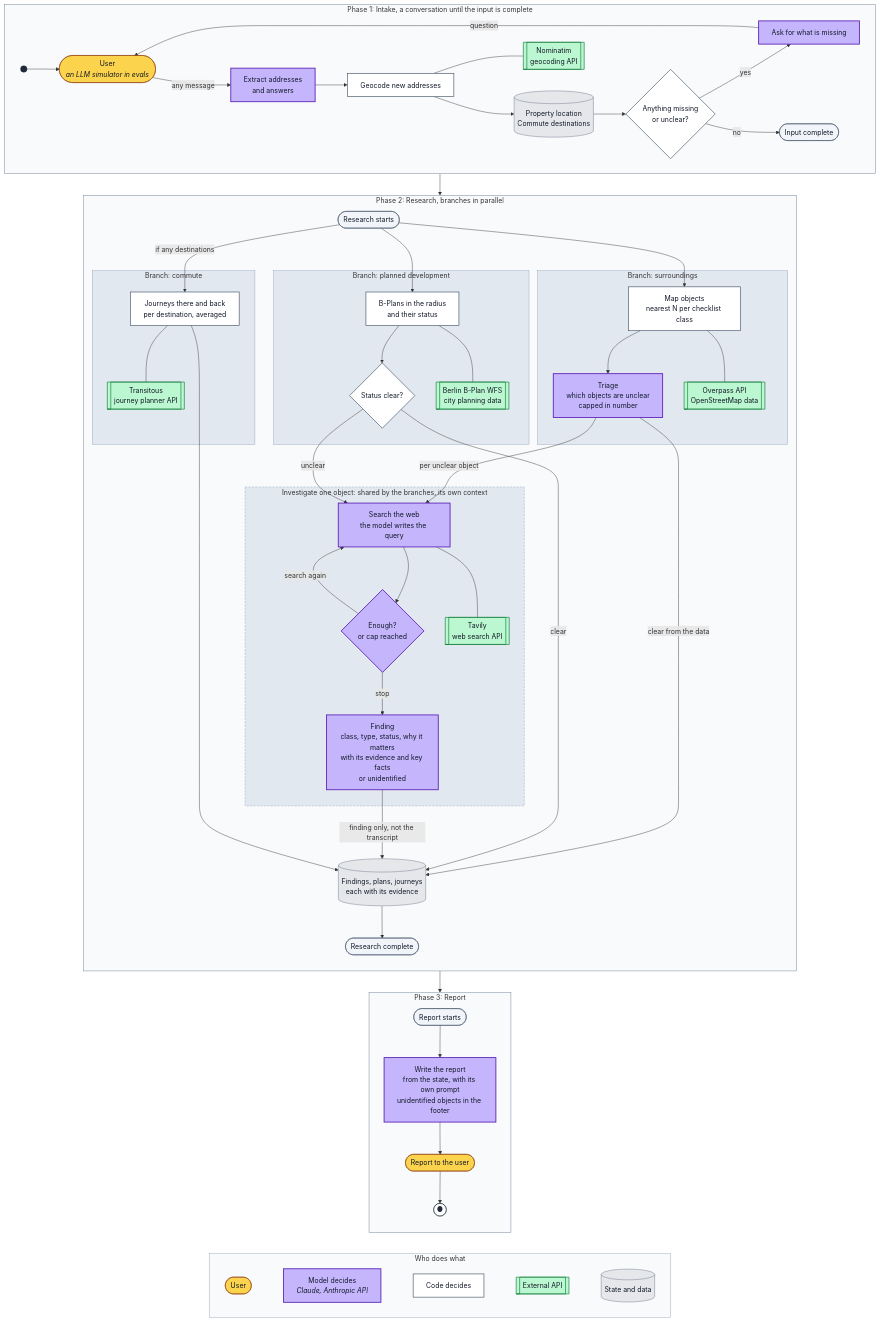
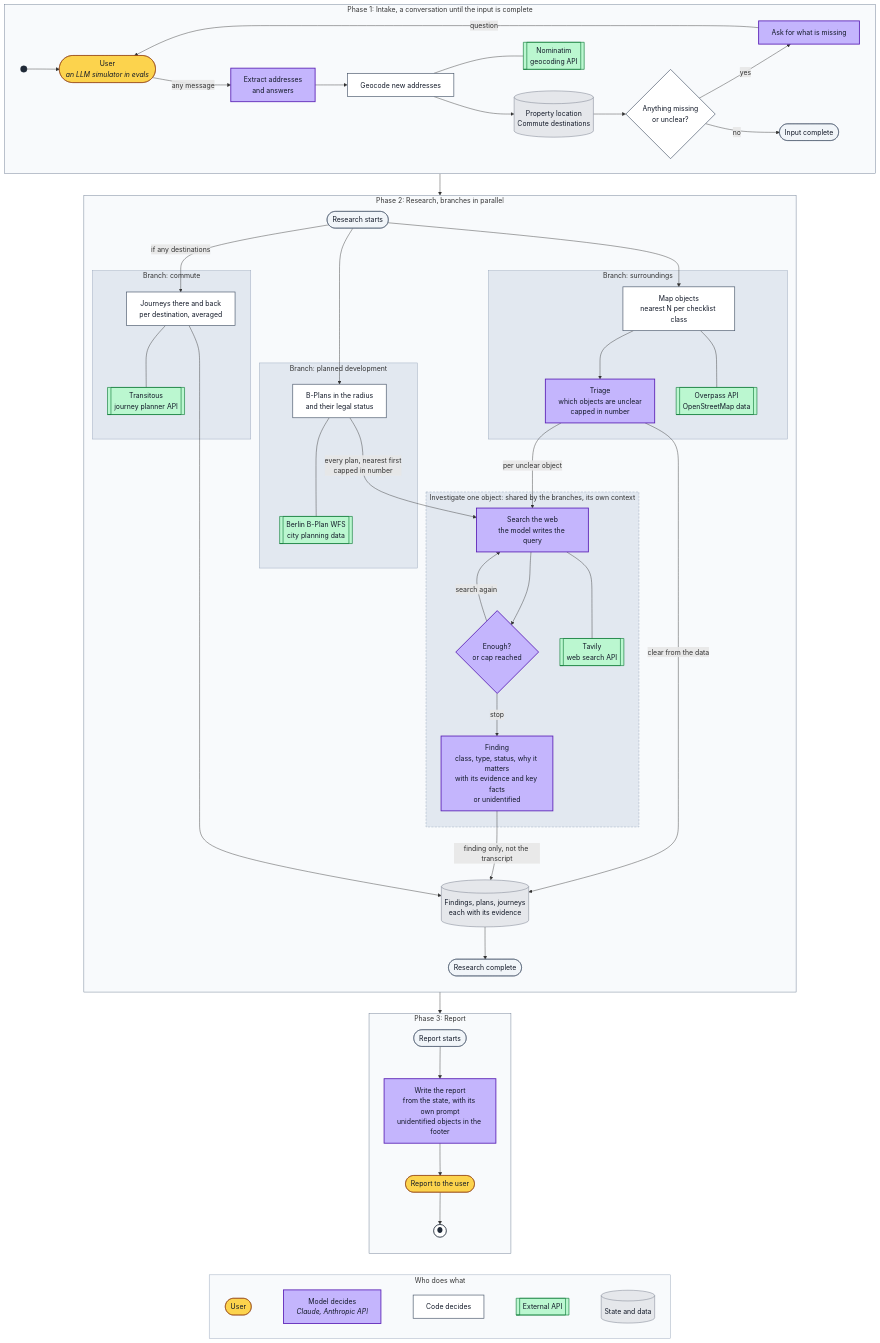
Before and after one commit to avashchenkov/out-of-frame: the first of 2 diagrams in docs/architecture.md, drawn with Mermaid. The commit also changed other lines of this file, not shown here.

Commit message:
docs: send every b-plan to investigation

```diff
--- a/docs/architecture.md
+++ b/docs/architecture.md
@@ -33,9 +33,8 @@
             T["Triage<br/>which objects are unclear<br/>capped in number"]:::model
         end
         subgraph PLN["Branch: planned development"]
-            PL["B-Plans in the radius<br/>and their status"]:::code
+            PL["B-Plans in the radius<br/>and their legal status"]:::code
             WFS[["Berlin B-Plan WFS<br/>city planning data"]]:::ext
-            PS{"Status clear?"}:::code
         end
         subgraph COM["Branch: commute"]
             TR["Journeys there and back<br/>per destination, averaged"]:::code
@@ -55,19 +54,17 @@
         OV --> T
         OV --- OVP
         T -->|"per unclear object"| S
-        PL --> PS
+        PL -->|"every plan, nearest first<br/>capped in number"| S
         PL --- WFS
-        PS -->|"unclear"| S
         S --> D
         S --- TAV
         D -->|"search again"| S
         D -->|"stop"| F
         T -->|"clear from the data"| FS
-        PS -->|"clear"| FS
         F -->|"finding only, not the transcript"| FS
         TR --> FS
         FS --> JN
-        TR ~~~ PS
+        TR ~~~ PL
         TR --- TRA
     end
 
```
